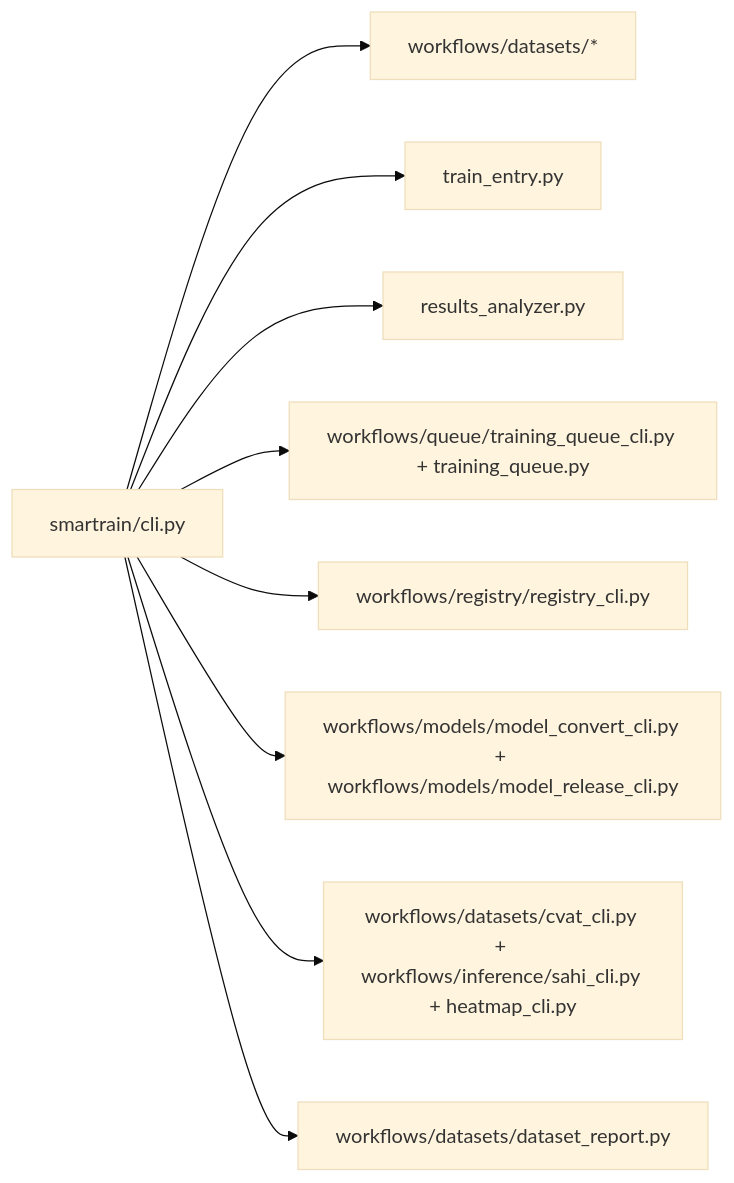
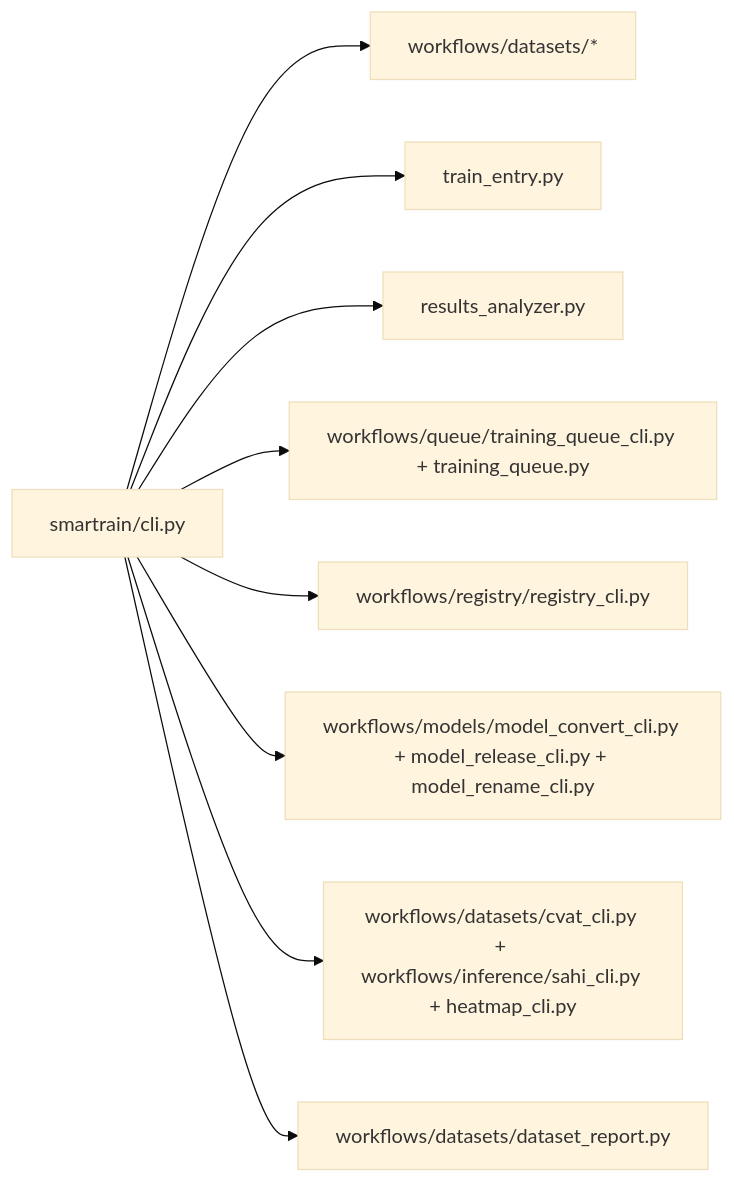
Before and after one commit to aicommunity/SmarTrain: the diagram in docs/ru/reference/api.md, drawn with Mermaid (base theme). The commit also changed other lines of this file and 13 other files, not shown here.

First line of the commit message:
feat(model): add rename command for released workspace models

````diff
--- a/docs/ru/reference/api.md
+++ b/docs/ru/reference/api.md
@@ -63,12 +63,12 @@
 ```mermaid
 flowchart LR
     cliRouter["smartrain/cli.py"]
     cliRouter --> datasetsBlock["workflows/datasets/*"]
     cliRouter --> trainBlock["train_entry.py"]
     cliRouter --> analyzeBlock["results_analyzer.py"]
     cliRouter --> queueBlock["workflows/queue/training_queue_cli.py + training_queue.py"]
     cliRouter --> registryBlock["workflows/registry/registry_cli.py"]
-    cliRouter --> modelBlock["workflows/models/model_convert_cli.py + workflows/models/model_release_cli.py"]
+    cliRouter --> modelBlock["workflows/models/model_convert_cli.py + model_release_cli.py + model_rename_cli.py"]
     cliRouter --> ioBlock["workflows/datasets/cvat_cli.py + workflows/inference/sahi_cli.py + heatmap_cli.py"]
     cliRouter --> reportBlock["workflows/datasets/dataset_report.py"]
 ```
````
